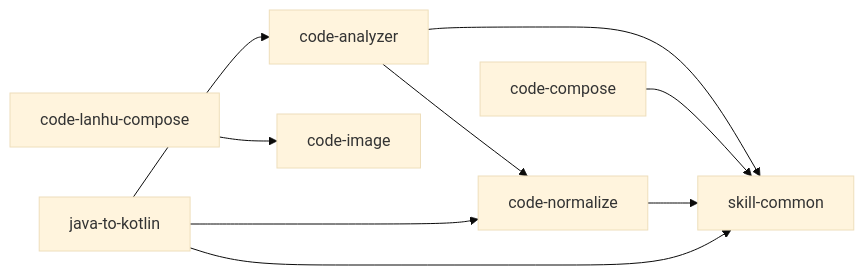
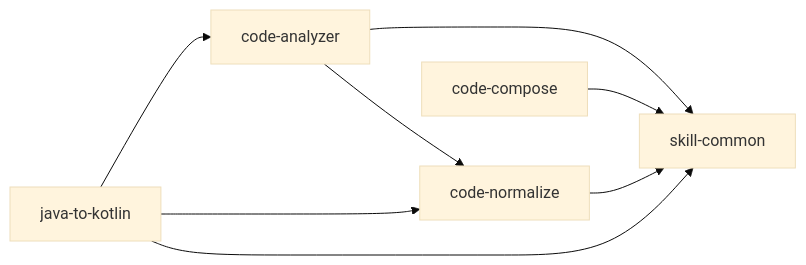
One commit to xjxlx/skills changed the diagram in SKILLS_CATALOG.md. Above: the diagram before and after it, drawn with Mermaid (base theme). The commit also changed other lines of this file and 4 other files, not shown here.

First line of the commit message:
SKILLS_CATALOG.md, code-lanhu-compose

````diff
--- a/SKILLS_CATALOG.md
+++ b/SKILLS_CATALOG.md
@@ -21,11 +21,10 @@
 ```mermaid
 graph LR
   code-analyzer --> code-normalize
   code-analyzer --> skill-common
   code-compose --> skill-common
-  code-lanhu-compose --> code-image
   code-normalize --> skill-common
   java-to-kotlin --> code-analyzer
   java-to-kotlin --> code-normalize
   java-to-kotlin --> skill-common
 ```
````
